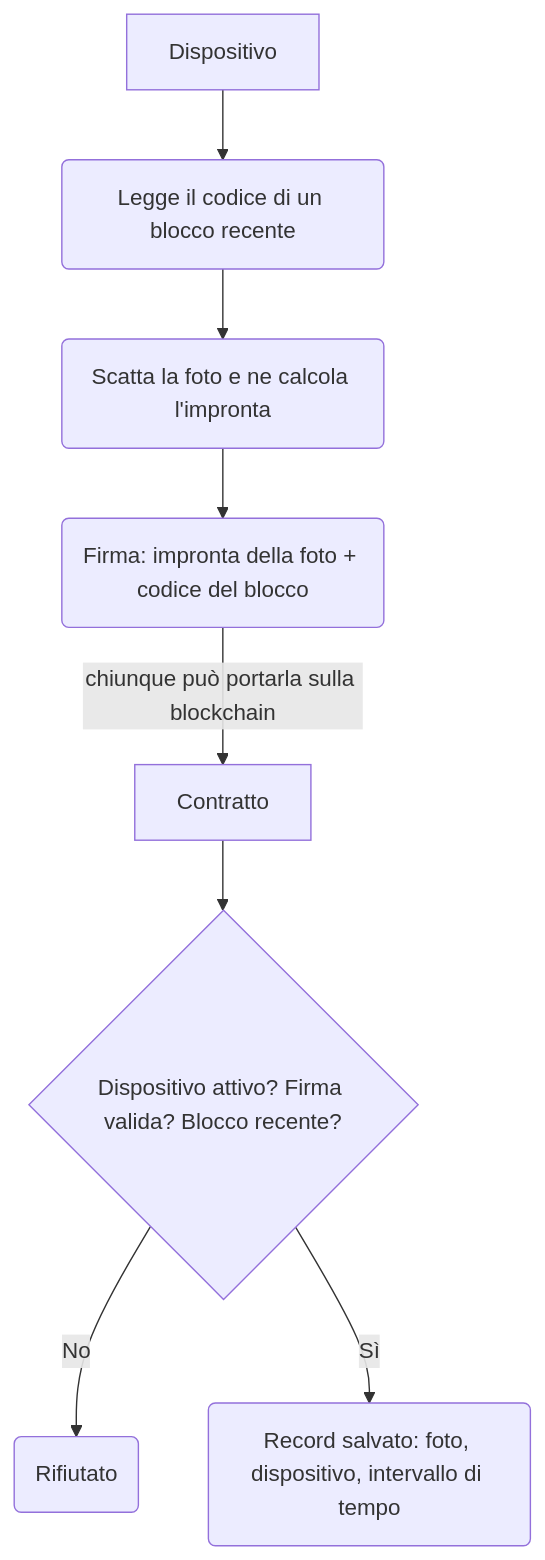
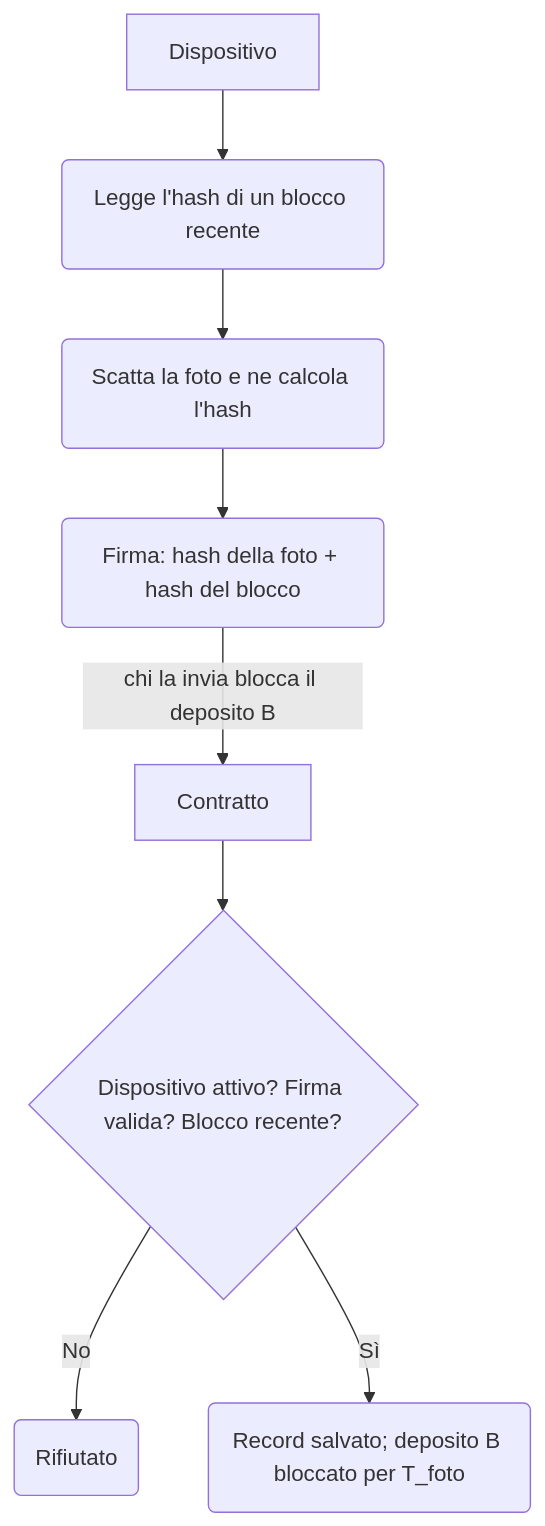
The second of 3 diagrams in docs/1-come-funziona.md (VincenzoImp/ixh26-paprika), drawn with Mermaid before and after one commit. The commit also changed other lines of this file and 16 other files, not shown here.

````diff
--- a/docs/1-come-funziona.md
+++ b/docs/1-come-funziona.md
@@ -61,10 +67,10 @@
 ```mermaid
 flowchart TD
-    Dev[Dispositivo] --> Block(Legge il codice di un blocco recente)
-    Block --> Pic(Scatta la foto e ne calcola l'impronta)
-    Pic --> Sign("Firma: impronta della foto + codice del blocco")
-    Sign -->|"chiunque può portarla sulla blockchain"| Contract[Contratto]
+    Dev[Dispositivo] --> Block(Legge l'hash di un blocco recente)
+    Block --> Pic(Scatta la foto e ne calcola l'hash)
+    Pic --> Sign("Firma: hash della foto + hash del blocco")
+    Sign -->|"chi la invia blocca il deposito B"| Contract[Contratto]
     Contract --> Test{"Dispositivo attivo? Firma valida? Blocco recente?"}
     Test -->|No| Error(Rifiutato)
-    Test -->|Sì| Save("Record salvato: foto, dispositivo, intervallo di tempo")
+    Test -->|Sì| Save("Record salvato; deposito B bloccato per T_foto")
 ```
````
